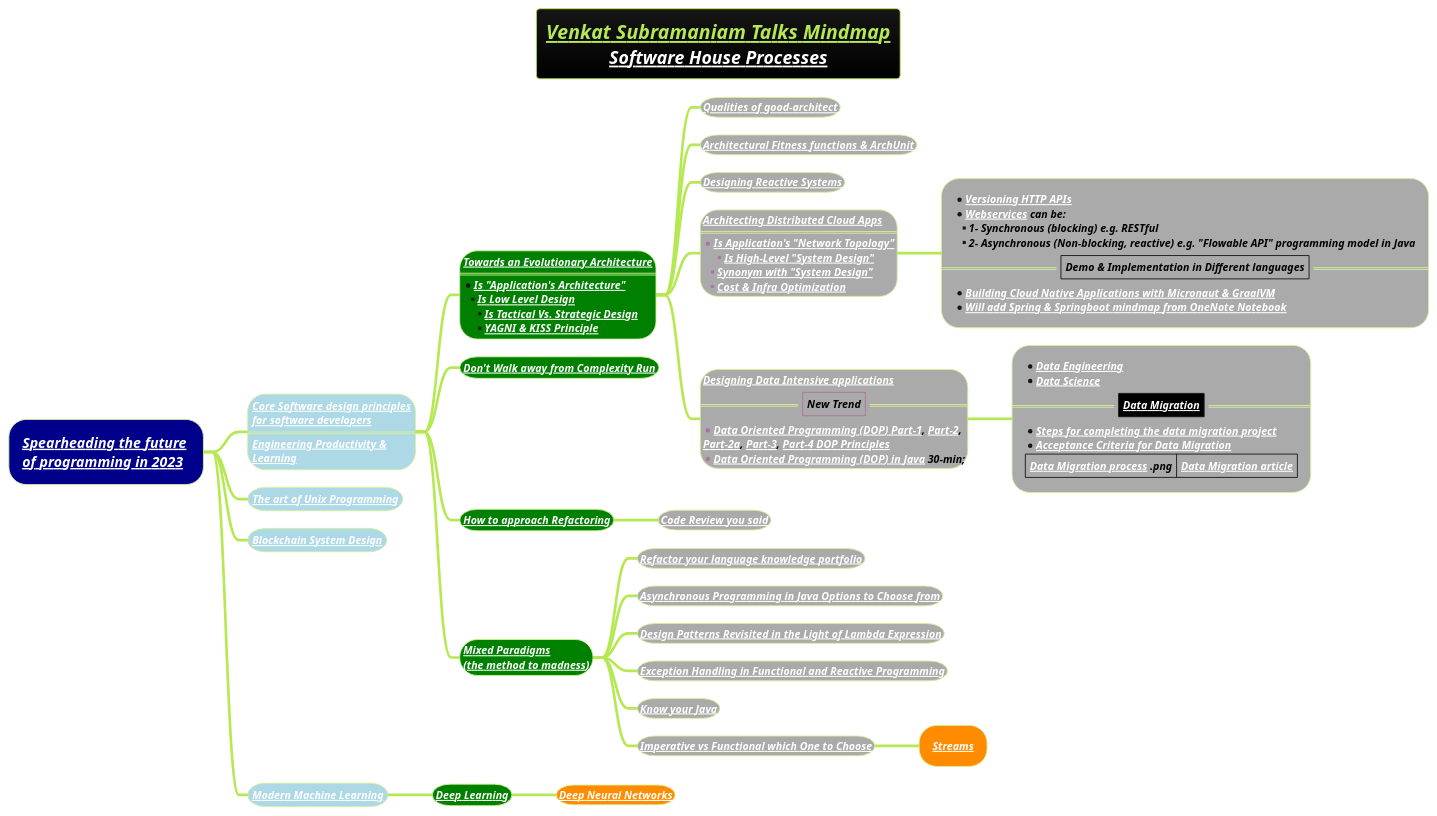
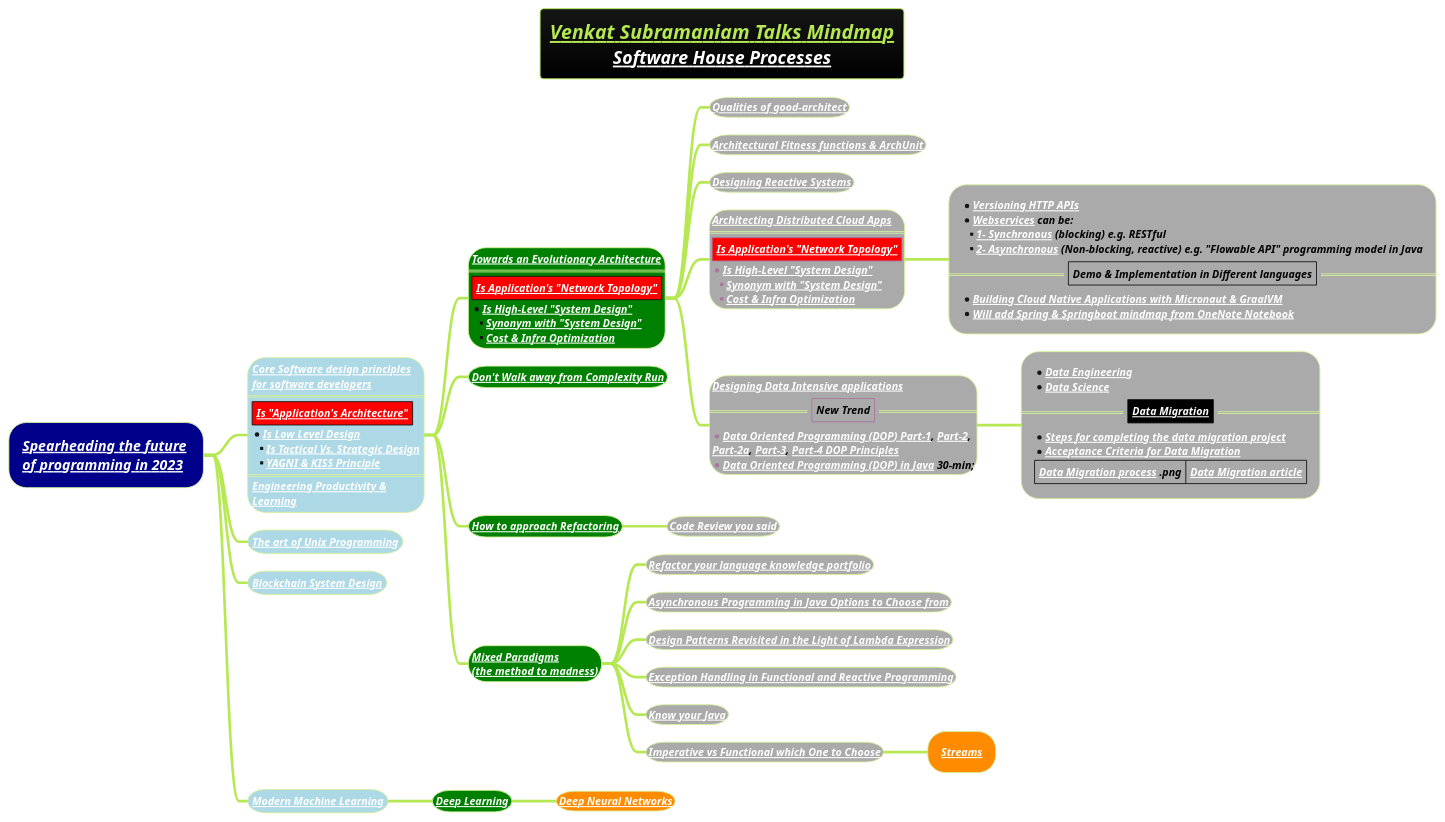
One commit to MehmoodHashmi/Documentation-as-Code-DaC changed the diagram in docs/3-programming-languages/Venkat-Subramaniam/venkat-talks-mindmap.puml. Above: the diagram before and after it, drawn with PlantUML. The commit also changed 4 other files, not shown here.

```diff
--- a/docs/3-programming-languages/Venkat-Subramaniam/venkat-talks-mindmap.puml
+++ b/docs/3-programming-languages/Venkat-Subramaniam/venkat-talks-mindmap.puml
@@ -1,69 +1,74 @@
 @startmindmap
 title =<i><b><u><size:18>Venkat Subramaniam Talks Mindmap \n<i>[[docs/1-business-analyst/client-management/software-house/Software-House-Processes.puml Software House Processes]]
 !theme hacker
 
 *[#darkblue] <i><color #black>[[docs/3-programming-languages/Venkat-Subramaniam/Spearheading-the-future-of-programming-2023.puml Spearheading the future]] \n<i><color #black>[[docs/3-programming-languages/Venkat-Subramaniam/Spearheading-the-future-of-programming-2023.puml of programming in 2023]]
 **[#lightblue]:<color:white><i><size:12>[[docs/3-programming-languages/Venkat-Subramaniam/Core-Software-design-principles-for-software-developers.puml Core Software design principles]]
 <color:white><i><size:12>[[docs/3-programming-languages/Venkat-Subramaniam/Core-Software-design-principles-for-software-developers.puml for software developers]]
 ====
+|<#red><b><i><color #black><size:12>[[docs/3-programming-languages/Venkat-Subramaniam/images/img_149.png Is "Application's Architecture"]]|
+*<b><i><color #black><size:12>[[docs/3-programming-languages/Venkat-Subramaniam/Towards-an-Evolutionary-Architecture.puml Is Low Level Design]]
+**<b><i><color #black><size:12>[[docs/3-programming-languages/Venkat-Subramaniam/Core-Software-design-principles-for-software-developers.puml Is Tactical Vs. Strategic Design]]
+**<b><i><color #black><size:12>[[docs/3-programming-languages/Venkat-Subramaniam/Towards-an-Evolutionary-Architecture.puml YAGNI & KISS Principle]]
+====
 <b><i><color #black><size:12>[[docs/3-programming-languages/Venkat-Subramaniam/Engineering-Productivity-and-Learning.puml Engineering Productivity &]]
 <b><i><color #black><size:12>[[docs/3-programming-languages/Venkat-Subramaniam/Engineering-Productivity-and-Learning.puml Learning]];
 
 ***[#green]:<b><i><color #black><size:12>[[docs/3-programming-languages/Venkat-Subramaniam/Towards-an-Evolutionary-Architecture.puml Towards an Evolutionary Architecture]]
 ====
-*<b><i><color #black><size:12>[[docs/3-programming-languages/Venkat-Subramaniam/images/img_149.png Is "Application's Architecture"]]
-**<b><i><color #black><size:12>[[docs/3-programming-languages/Venkat-Subramaniam/Towards-an-Evolutionary-Architecture.puml Is Low Level Design]]
-***<b><i><color #black><size:12>[[docs/3-programming-languages/Venkat-Subramaniam/Core-Software-design-principles-for-software-developers.puml Is Tactical Vs. Strategic Design]]
-***<b><i><color #black><size:12>[[docs/3-programming-languages/Venkat-Subramaniam/Towards-an-Evolutionary-Architecture.puml YAGNI & KISS Principle]];
+|<#red><b><i><color #black><size:12>[[docs/3-programming-languages/Venkat-Subramaniam/images/img_149.png Is Application's "Network Topology"]]|
+*<b><i><color #black><size:12>[[docs/3-programming-languages/Venkat-Subramaniam/Architecting-Distributed-Cloud-Apps.puml Is High-Level "System Design"]]
+**<b><i><color #black><size:12>[[docs/3-programming-languages/Venkat-Subramaniam/Architecting-Distributed-Cloud-Apps.puml Synonym with "System Design"]]
+**<b><i><color #black><size:12>[[docs/3-programming-languages/Venkat-Subramaniam/Architecting-Distributed-Cloud-Apps.puml Cost & Infra Optimization]];
 
 ****[#a] <b><i><color #black><size:12>[[docs/3-programming-languages/Venkat-Subramaniam/Qualities-of-good-architect.puml Qualities of good-architect]]
 ****[#a] <b><i><color #black><size:12>[[docs/3-programming-languages/Venkat-Subramaniam/Qualities-of-good-architect.puml Architectural Fitness functions & ArchUnit]]
 ****[#a] <b><i><color #black><size:12>[[docs/3-programming-languages/Venkat-Subramaniam/Designing-Reactive-Systems.puml Designing Reactive Systems]]
 
 ****[#a]:<b><i><color #black><size:12>[[docs/3-programming-languages/Venkat-Subramaniam/Architecting-Distributed-Cloud-Apps.puml Architecting Distributed Cloud Apps]]
 ====
-*<b><i><color #black><size:12>[[docs/3-programming-languages/Venkat-Subramaniam/images/img_149.png Is Application's "Network Topology"]]
-***<b><i><color #black><size:12>[[docs/3-programming-languages/Venkat-Subramaniam/Architecting-Distributed-Cloud-Apps.puml Is High-Level "System Design"]]
+|<#red><b><i><color #black><size:12>[[docs/3-programming-languages/Venkat-Subramaniam/images/img_149.png Is Application's "Network Topology"]]|
+*<b><i><color #black><size:12>[[docs/3-programming-languages/Venkat-Subramaniam/Architecting-Distributed-Cloud-Apps.puml Is High-Level "System Design"]]
 **<b><i><color #black><size:12>[[docs/3-programming-languages/Venkat-Subramaniam/Architecting-Distributed-Cloud-Apps.puml Synonym with "System Design"]]
 **<b><i><color #black><size:12>[[docs/3-programming-languages/Venkat-Subramaniam/Architecting-Distributed-Cloud-Apps.puml Cost & Infra Optimization]];
 
 *****[#a]:*<b><i><color #black><size:12>[[docs/3-programming-languages/Venkat-Subramaniam/Architecting-Distributed-Cloud-Apps.puml Versioning HTTP APIs]]
 *<b><i><color #black><size:12>[[docs/3-programming-languages/Venkat-Subramaniam/webservice.puml Webservices]] can be:
-**<b><i><color #black><size:12>1- Synchronous (blocking) e.g. RESTful
-**<b><i><color #black><size:12>2- Asynchronous (Non-blocking, reactive) e.g. "Flowable API" programming model in Java
+**<b><i><color #black><size:12>[[https://www.youtube.com/watch?v=eWljhk1RvCM&list=PL9XzOCngAkqs0Q8ZRdafnSYExKQurZrBY&index=21&ab_channel=JeffreyRichter 1- Synchronous]] (blocking) e.g. RESTful
+**<b><i><color #black><size:12>[[https://www.youtube.com/watch?v=Tu9WGaePtBA&list=PL9XzOCngAkqs0Q8ZRdafnSYExKQurZrBY&index=27&ab_channel=JeffreyRichter 2- Asynchronous]] (Non-blocking, reactive) e.g. "Flowable API" programming model in Java
 ==|<b><i><color #black><size:12>Demo & Implementation in Different languages|==
 *<b><i><color #black><size:12>[[docs/3-programming-languages/Venkat-Subramaniam/Building-Cloud-Native-Applications-with-Micronaut-and-GraalVM.puml Building Cloud Native Applications with Micronaut & GraalVM]]
 *<b><i><color #black><size:12>[[docs/3-programming-languages/Venkat-Subramaniam/Building-Cloud-Native-Applications-with-Micronaut-and-GraalVM.puml Will add Spring & Springboot mindmap from OneNote Notebook]];
 
 ****[#a]:<b><i><color #black><size:12>[[docs/books/1-books-backlog/DBMS/Designing-Data-Intensive-Applications.puml Designing Data Intensive applications]]
 ==|<b><i><color #black><size:12>New Trend|==
 *<b><i><color #black><size:12>[[docs/3-programming-languages/Venkat-Subramaniam/images/img_605.png Data Oriented Programming (DOP) Part-1]], [[docs/3-programming-languages/Venkat-Subramaniam/images/img_609.png Part-2]],
 <b><i><color #black><size:12>[[docs/3-programming-languages/Venkat-Subramaniam/images/img_590.png Part-2a]], [[docs/3-programming-languages/Venkat-Subramaniam/images/img_608.png Part-3]], [[docs/3-programming-languages/Venkat-Subramaniam/images/img_611.png Part-4 DOP Principles]]
 *<b><i><color #black><size:12>[[https://www.youtube.com/watch?v=UQAw3pvZPCY&list=LL&index=13 Data Oriented Programming (DOP) in Java]] 30-min;;
 *****[#a]:*<b><i><color #black><size:12>[[docs/AI-ML-DL-Data-Science-and-BigData/data-science/data-engineering/Data-Engineering.puml Data Engineering]]
 *<b><i><color #black><size:12>[[docs/AI-ML-DL-Data-Science-and-BigData/data-science/Data-Science.puml Data Science]]
 ==|<#black><b><i><color #black><size:12>[[docs/AI-ML-DL-Data-Science-and-BigData/data-science/data-or-database-migration/Data-Migration.puml Data Migration]]|==
 *<b><i><color #black><size:12>[[docs/AI-ML-DL-Data-Science-and-BigData/data-science/data-or-database-migration/steps-for-completing-the-data-migration-project.puml Steps for completing the data migration project]]
 *<b><i><color #black><size:12>[[docs/AI-ML-DL-Data-Science-and-BigData/data-science/data-or-database-migration/Acceptance-Criteria-for-Data-Migration.puml Acceptance Criteria for Data Migration]]
 |<b><i><color #black><size:12>[[docs/AI-ML-DL-Data-Science-and-BigData/data-science/data-or-database-migration/images/img_1.png Data Migration process]] .png|<b><i><color #black><size:12>[[https://corporatefinanceinstitute.com/resources/data-science/data-migration/ Data Migration article]]|;
 
 ***[#green] <b><i><color #black><size:12>[[docs/3-programming-languages/Venkat-Subramaniam/Do-not-Walk-Away-From-Complexity-Run.puml Don't Walk away from Complexity Run]]
 ***[#green] <b><i><color #black><size:12>[[docs/3-programming-languages/Venkat-Subramaniam/how-to-approach-refactoring.puml How to approach Refactoring]]
 ****[#a] <b><i><color #black><size:12>[[docs/3-programming-languages/Venkat-Subramaniam/Code-Review-you-said.puml Code Review you said]]
 ***[#green] <b><i><color #black><size:12>[[docs/3-programming-languages/Venkat-Subramaniam/mixed-paradigms-(the-method-to-madness).puml Mixed Paradigms]] \n<b><i><color #black><size:12>[[docs/3-programming-languages/Venkat-Subramaniam/mixed-paradigms-(the-method-to-madness).puml (the method to madness)]]
 ****[#a] <b><i><color #black><size:12>[[docs/3-programming-languages/Venkat-Subramaniam/Refactor-your-language-knowledge-portfolio-(we-are-what-we-can-code-in).puml Refactor your language knowledge portfolio]]
 ****[#a] <b><i><color #black><size:12>[[docs/3-programming-languages/Venkat-Subramaniam/Asynchronous-Programming-in-Java-Options-to-Choose-from.puml Asynchronous Programming in Java Options to Choose from]]
 ****[#a] <b><i><color #black><size:12>[[docs/3-programming-languages/Venkat-Subramaniam/Design-Patterns-revisited-in-the-Light-of-Lambda-Expression.puml Design Patterns Revisited in the Light of Lambda Expression]]
 ****[#a] <b><i><color #black><size:12>[[docs/3-programming-languages/Venkat-Subramaniam/Exception-Handling-in-Functional-and-Reactive-Programming.puml Exception Handling in Functional and Reactive Programming]]
 ****[#a] <b><i><color #black><size:12>[[docs/3-programming-languages/Venkat-Subramaniam/Know-your-java-venkat.puml Know your Java]]
 ****[#a] <b><i><color #black><size:12>[[docs/3-programming-languages/Venkat-Subramaniam/Imperative-vs-Functional-Which-one-to-Choose.puml Imperative vs Functional which One to Choose]]
 *****[#darkorange] <b><i><color #black><size:12>[[docs/3-programming-languages/Venkat-Subramaniam/Streams.puml Streams]]
 
 **[#lightblue] <color:white><i><size:12>[[docs/3-programming-languages/Venkat-Subramaniam/The-art-of-UNIX-Programming.puml The art of Unix Programming]]
 **[#lightblue] <color:white><i><size:12>[[docs/blockchain/Blockchain-System-Design.puml Blockchain System Design]]
 
 **[#lightblue] <b><i><color #black><size:12>[[docs/AI-ML-DL-Data-Science-and-BigData/machine-learning-ML/Modern-Machine-Learning.puml Modern Machine Learning]]
 ***[#green] <b><i><color #black><size:12>[[docs/AI-ML-DL-Data-Science-and-BigData/machine-learning-ML/3-deep-learning-DL/Deep-Learning.puml Deep Learning]]
 ****[#darkorange] <b><i><color #black><size:12>[[docs/AI-ML-DL-Data-Science-and-BigData/machine-learning-ML/3-deep-learning-DL/Neural-Network-Architecture.puml Deep Neural Networks]]
 
 @endmindmap
```
